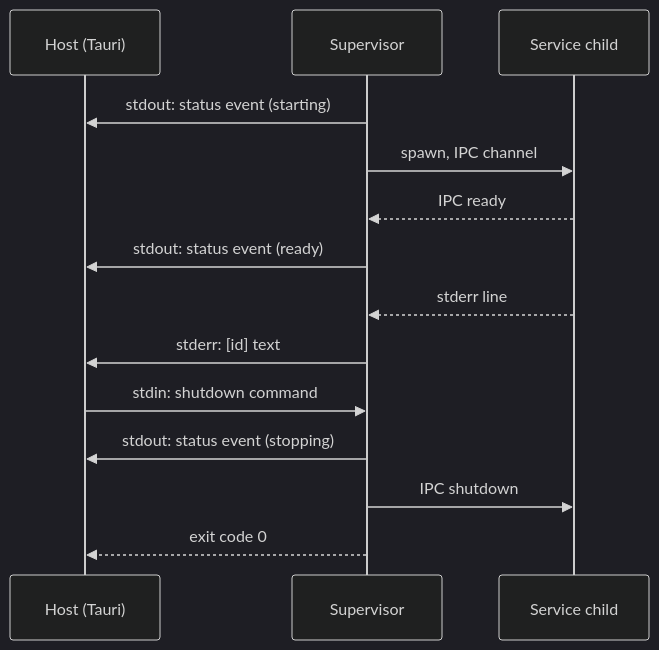
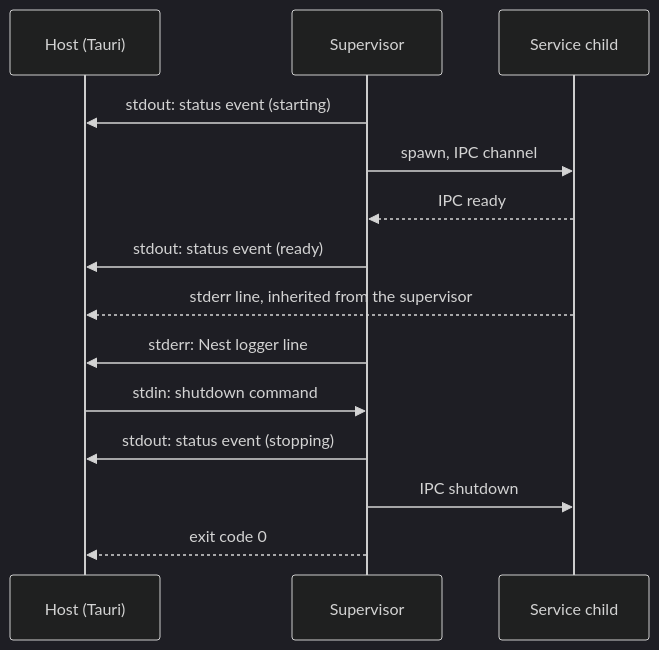
One commit to virgenherrera/lan-solution-template changed the diagram in docs/architecture/adr/ADR-006-sidecar-status-contract.md. Above: the diagram before and after it, drawn with Mermaid (dark theme). The commit also changed other lines of this file and 130 other files, not shown here.

````diff
--- a/docs/architecture/adr/ADR-006-sidecar-status-contract.md
+++ b/docs/architecture/adr/ADR-006-sidecar-status-contract.md
@@ -65,16 +65,16 @@
 ```mermaid
 sequenceDiagram
     participant H as Host (Tauri)
     participant S as Supervisor
     participant C as Service child
     S->>H: stdout: status event (starting)
     S->>C: spawn, IPC channel
     C-->>S: IPC ready
     S->>H: stdout: status event (ready)
-    C-->>S: stderr line
-    S->>H: stderr: [id] text
+    C-->>H: stderr line, inherited from the supervisor
+    S->>H: stderr: Nest logger line
     H->>S: stdin: shutdown command
     S->>H: stdout: status event (stopping)
     S->>C: IPC shutdown
     S-->>H: exit code 0
 ```
````
